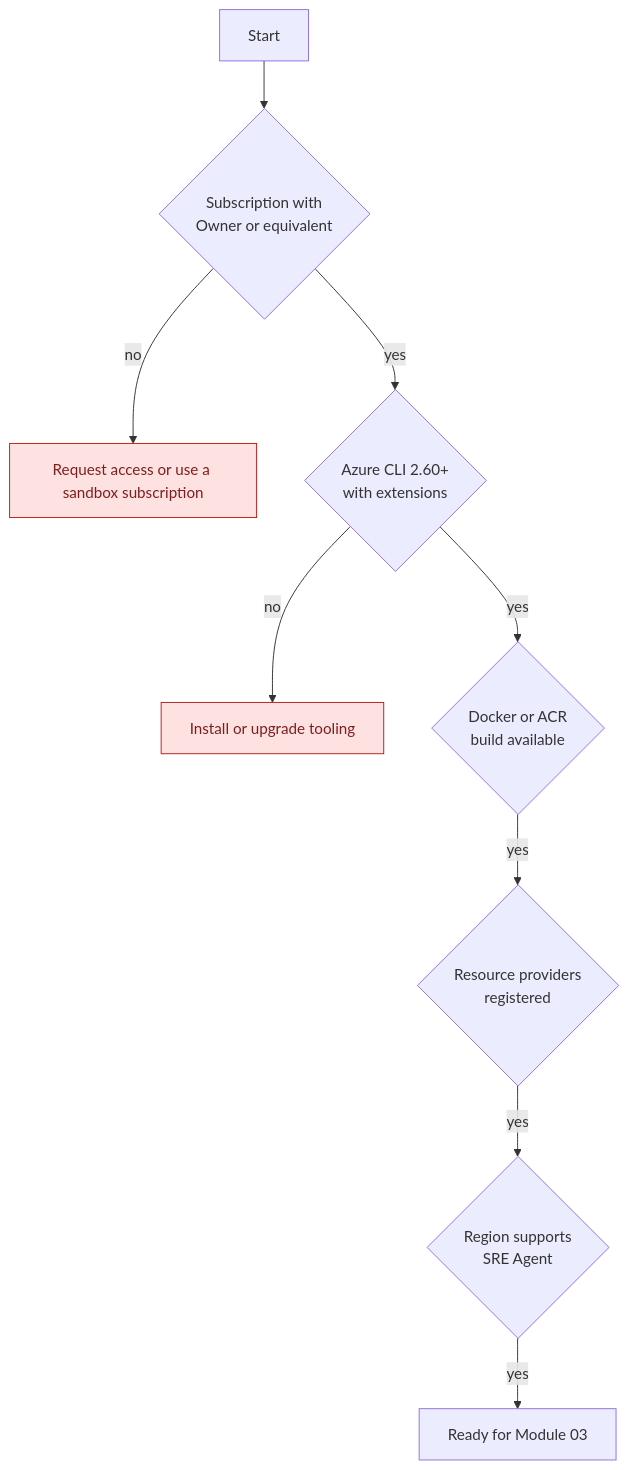
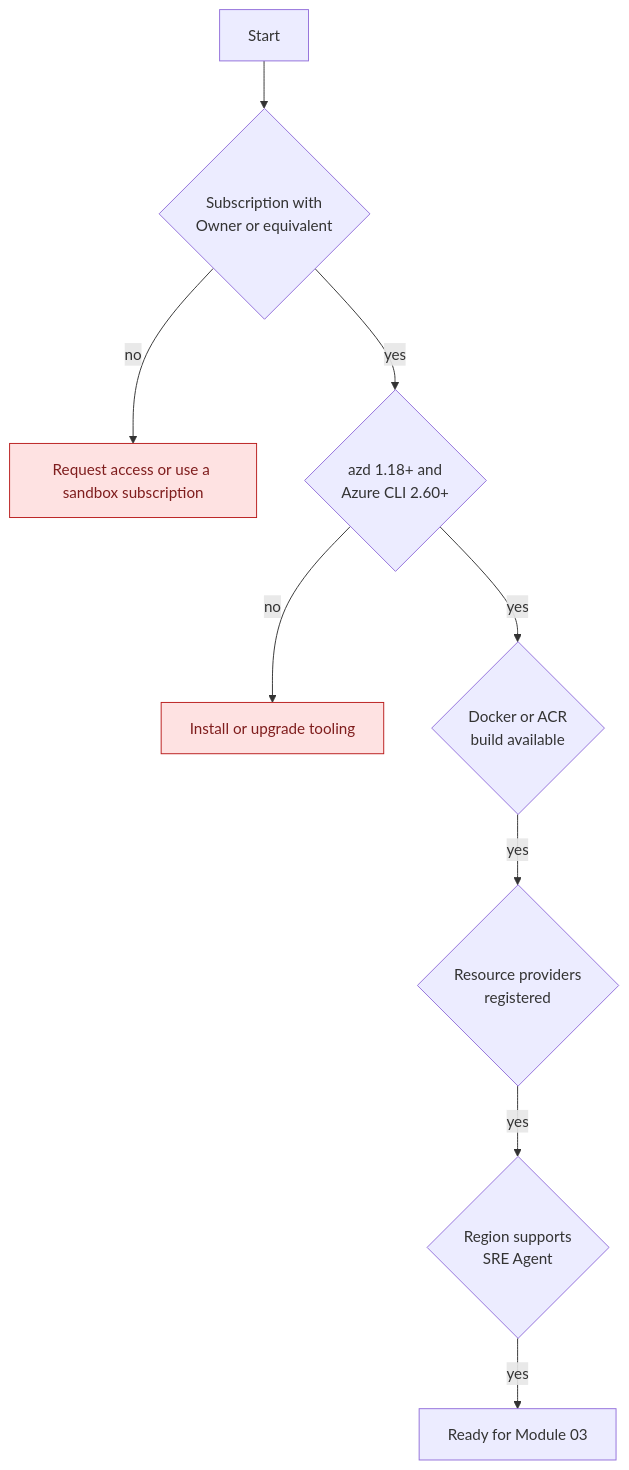
The diagram in docs/sre/01-prerequisites/index.md (charliekw411/sre-agent-workshop), drawn with Mermaid before and after one commit. The commit also changed other lines of this file and 14 other files, not shown here.

````diff
--- a/docs/sre/01-prerequisites/index.md
+++ b/docs/sre/01-prerequisites/index.md
@@ -38,14 +38,14 @@
 ```mermaid
 flowchart TD
     S[Start] --> G1{Subscription with<br/>Owner or equivalent}
     G1 -- no --> F1[Request access or use a sandbox subscription]
-    G1 -- yes --> G2{Azure CLI 2.60+<br/>with extensions}
+    G1 -- yes --> G2{azd 1.18+ and<br/>Azure CLI 2.60+}
     G2 -- no --> F2[Install or upgrade tooling]
     G2 -- yes --> G3{Docker or ACR<br/>build available}
     G3 -- yes --> G4{Resource providers<br/>registered}
     G4 -- yes --> G5{Region supports<br/>SRE Agent}
     G5 -- yes --> R[Ready for Module 03]
 
     classDef fail fill:#fee2e2,stroke:#b91c1c,color:#7f1d1d
     class F1,F2 fail
 ```
````
